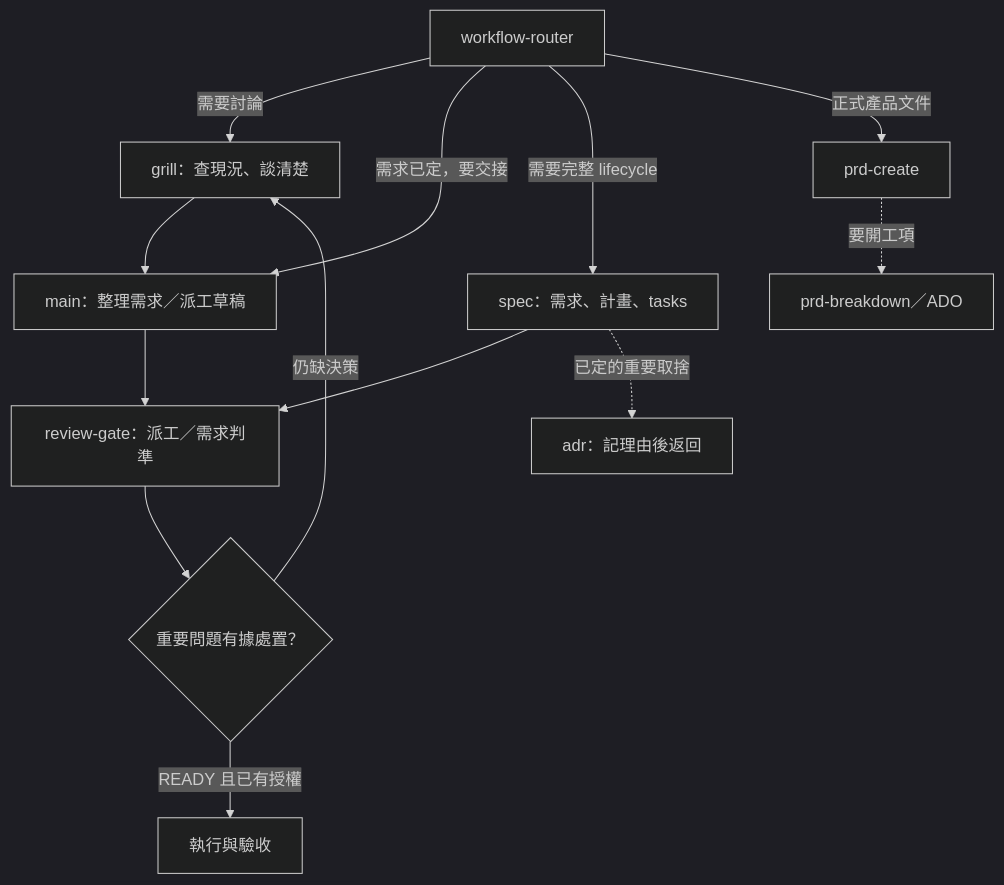
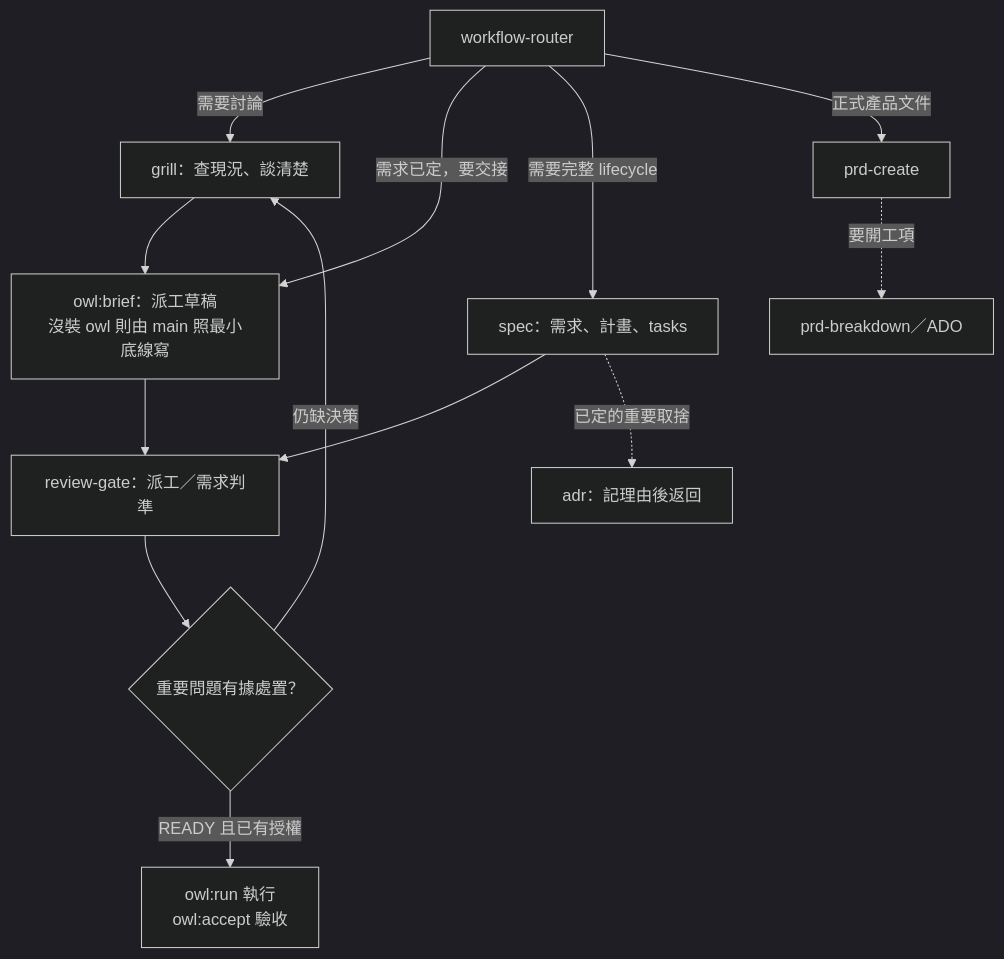
One commit to KerberosClaw/kc_ai_skills changed the first of 2 diagrams in workflow-router/docs/workflow.md. Above: the diagram before and after it, drawn with Mermaid (dark theme). The commit also changed other lines of this file and 7 other files, not shown here.

````diff
--- a/workflow-router/docs/workflow.md
+++ b/workflow-router/docs/workflow.md
@@ -25,15 +25,15 @@
 ```mermaid
 flowchart TD
     R["workflow-router"] -->|需要討論| GR["grill：查現況、談清楚"]
-    GR --> D["main：整理需求／派工草稿"]
+    GR --> D["owl:brief：派工草稿<br/>沒裝 owl 則由 main 照最小底線寫"]
     R -->|需求已定，要交接| D
     D --> RV["review-gate：派工／需求判準"]
     RV --> C{"重要問題有據處置？"}
     C -->|仍缺決策| GR
-    C -->|READY 且已有授權| E["執行與驗收"]
+    C -->|READY 且已有授權| E["owl:run 執行<br/>owl:accept 驗收"]
     R -->|需要完整 lifecycle| S["spec：需求、計畫、tasks"]
     S --> RV
     R -->|正式產品文件| P["prd-create"]
     P -.->|要開工項| B["prd-breakdown／ADO"]
     S -.->|已定的重要取捨| AD["adr：記理由後返回"]
 ```
````
